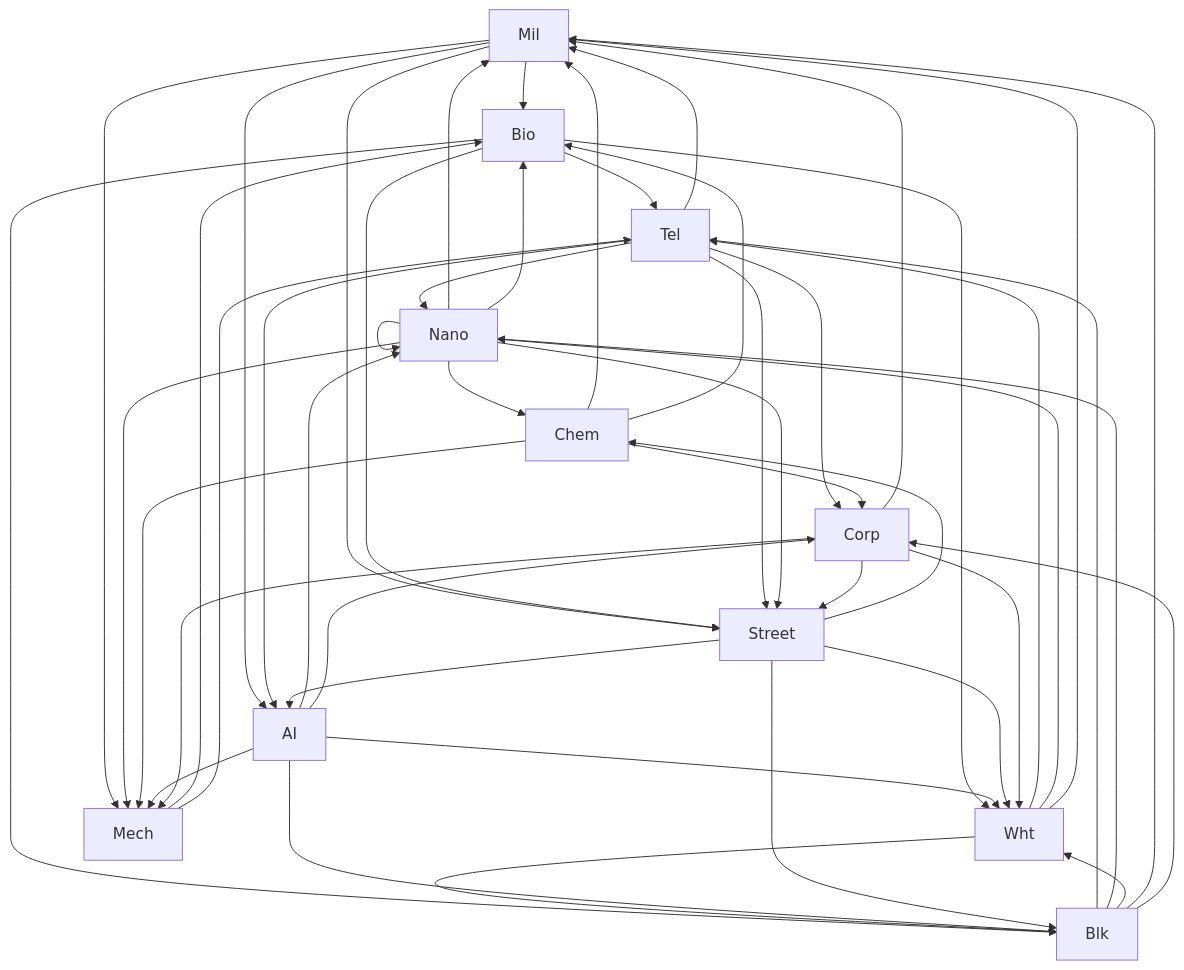
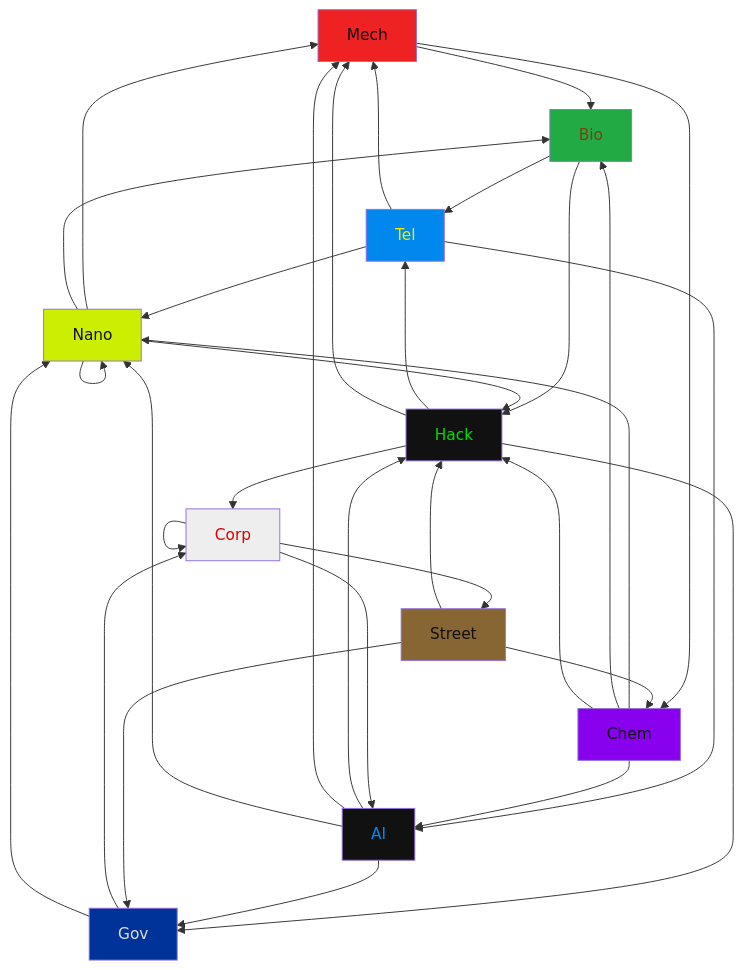
One commit to Mizux/hachi changed the diagram in docs/hachi.md. Above: the diagram before and after it, drawn with Mermaid. The commit also changed other lines of this file and 1 other file, not shown here.

Commit message:
replace Wht/Blk by generic Hack

````diff
--- a/docs/hachi.md
+++ b/docs/hachi.md
@@ -17,72 +16,54 @@
 ```mermaid
 flowchart TD
-    Mil[Mil]
+    Mech[Mech]
     Bio[Bio]
     Tel[Tel]
     Nano[Nano]
     Chem[Chem]
-    Blk[Blk]
-    Wht[Wht]
+    Hack[Hack]
     AI[AI]
+    Corp[Corp]
     Street[Street]
-    Corp[Corp]
-    Mech[Mech]
-    Mil --> Bio
-    Mil --> AI
-    Mil --> Street
-    Mil --> Mech
+    Gov[Gov]
+    Mech --> Bio
+    Mech --> Chem
     Bio --> Tel
-    Bio --> Blk
-    Bio --> Wht
-    Bio --> Street
-    Tel --> Mil
+    Bio --> Hack
+    Tel --> Mech
     Tel --> Nano
     Tel --> AI
-    Tel --> Street
-    Tel --> Corp
-    Nano --> Mil
+    Nano --> Nano
+    Nano --> Mech
     Nano --> Bio
-    Nano --> Nano
-    Nano --> Chem
-    Nano --> Street
-    Nano --> Mech
-    Chem --> Mil
+    Nano --> Hack
+    Chem --> Nano
     Chem --> Bio
-    Chem --> Corp
-    Chem --> Mech
-    Blk --> Tel
-    Blk --> Nano
-    Blk --> Wht
-    Blk --> Mil
-    Blk --> Corp
-    Wht --> Tel
-    Wht --> Nano
-    Wht --> Blk
-    Wht --> Mil
+    Chem --> AI
+    Chem --> Hack
+    Hack --> Tel
+    Hack --> Mech
+    Hack --> Corp
+    Hack --> Gov
+    AI --> Hack
+    AI --> Mech
     AI --> Nano
-    AI --> Blk
-    AI --> Wht
-    AI --> Corp
-    AI --> Mech
+    AI --> Gov
+    Corp --> Corp
+    Corp --> Street
+    Corp --> AI
+    Street --> Gov
     Street --> Chem
-    Street --> Blk
-    Street --> Wht
-    Street --> AI
-    Corp --> Mil
-    Corp --> Wht
-    Corp --> Street
-    Corp --> Mech
-    Mech --> Bio
-    Mech --> Tel
-    style Mil color:#,fill:E
-    style Bio color:#,fill:0
-    style Tel color:#,fill:0
-    style Nano color:#,fill:C
-    style Chem color:#,fill:8
-    style Blk color:#,fill:1
-    style Wht color:#,fill:D
-    style AI color:#,fill:8
-    style Street color:#,fill:8
-    style Corp color:#,fill:E
-    style Mech color:#,fill:4
+    Street --> Hack
+    Gov --> Corp
+    Gov --> Nano
+    style Mech color:#111,fill:#E22
+    style Bio color:#741,fill:#2A4
+    style Tel color:#EE0,fill:#08E
+    style Nano color:#111,fill:#CE0
+    style Chem color:#111,fill:#80E
+    style Hack color:#0D0,fill:#111
+    style AI color:#08E,fill:#111
+    style Corp color:#D00,fill:#EEE
+    style Street color:#111,fill:#863
+    style Gov color:#DDD,fill:#039
 ```
````
